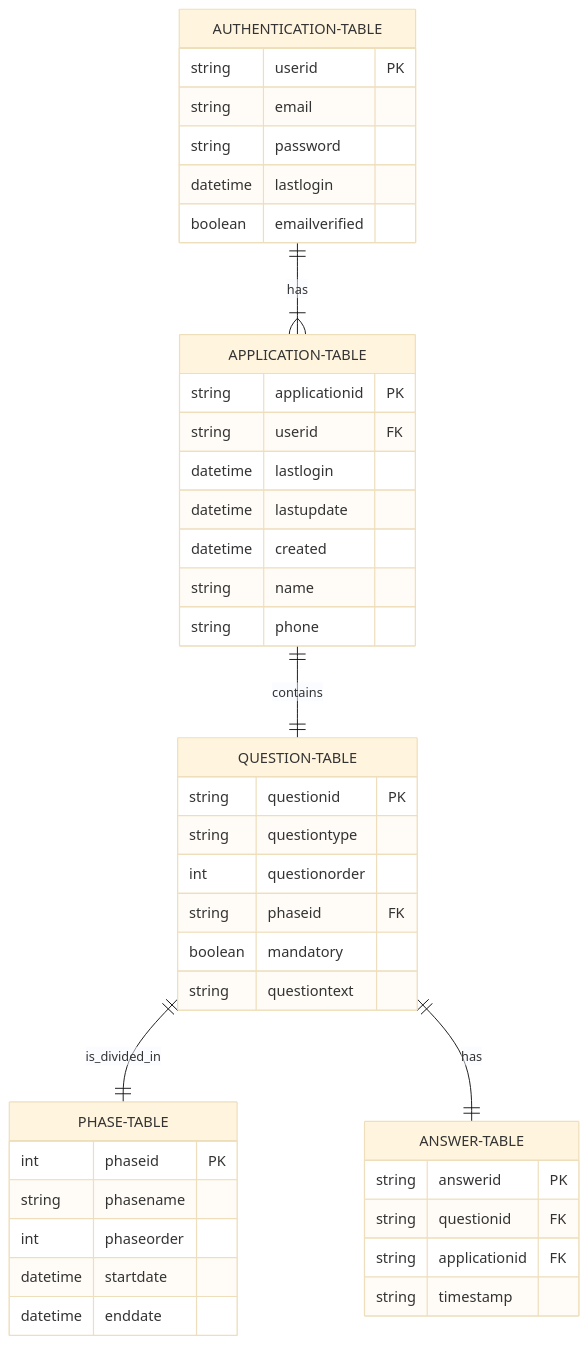
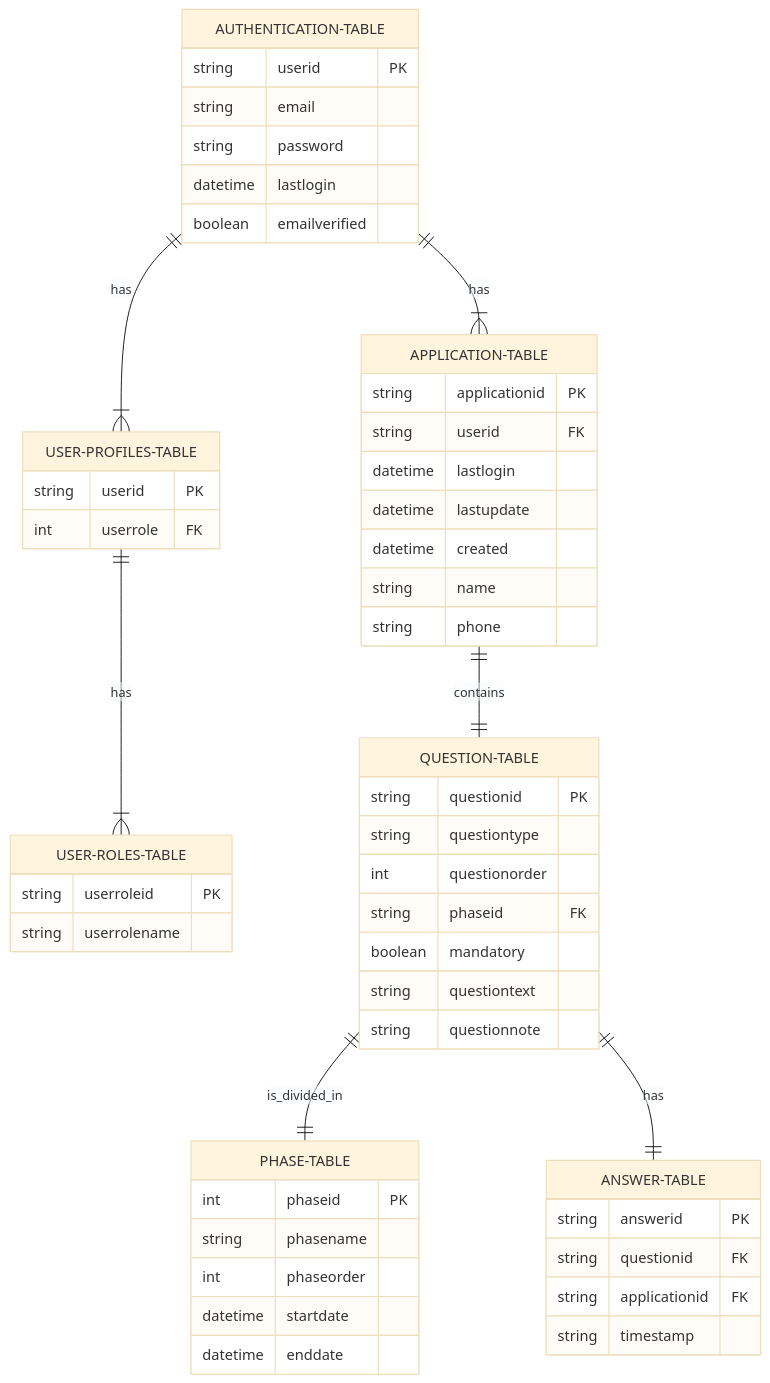
The first of 3 diagrams in backend/README.md (Interperle/application-platform), drawn with Mermaid (base theme) before and after one commit.

Commit message:
added roles and user profiles in db structure

````diff
--- a/backend/README.md
+++ b/backend/README.md
@@ -6,50 +6,63 @@
 ```mermaid
 erDiagram
     AUTHENTICATION-TABLE ||--|{ APPLICATION-TABLE : has
+    AUTHENTICATION-TABLE ||--|{ USER-PROFILES-TABLE : has
+    USER-PROFILES-TABLE ||--|{ USER-ROLES-TABLE : has
     APPLICATION-TABLE ||--|| QUESTION-TABLE : contains
     QUESTION-TABLE ||--|| PHASE-TABLE : is_divided_in
     QUESTION-TABLE ||--|| ANSWER-TABLE : has
 
     %% default Supabase Authentication Table
     AUTHENTICATION-TABLE {
         string userid PK
         string email
         string password
         datetime lastlogin
         boolean emailverified
+    }
+    
+    USER-PROFILES-TABLE {
+        string userid PK
+        int userrole FK
+    }
+
+    USER-ROLES-TABLE {
+        string userroleid PK
+        string userrolename
     }
 
     APPLICATION-TABLE {
         string applicationid PK
         string userid FK
         datetime lastlogin
         datetime lastupdate
         datetime created
         string name
         string phone
     }
 
     PHASE-TABLE {
         int phaseid PK
         string phasename
         int phaseorder
         datetime startdate
         datetime enddate
     }
 
     QUESTION-TABLE {
         string questionid PK
         string questiontype
         int questionorder
         string phaseid FK
         boolean mandatory
         string questiontext
+        string questionnote
     }
 
     ANSWER-TABLE {
         string answerid PK
         string questionid FK
         string applicationid FK
         string timestamp
     }
 ```
````
